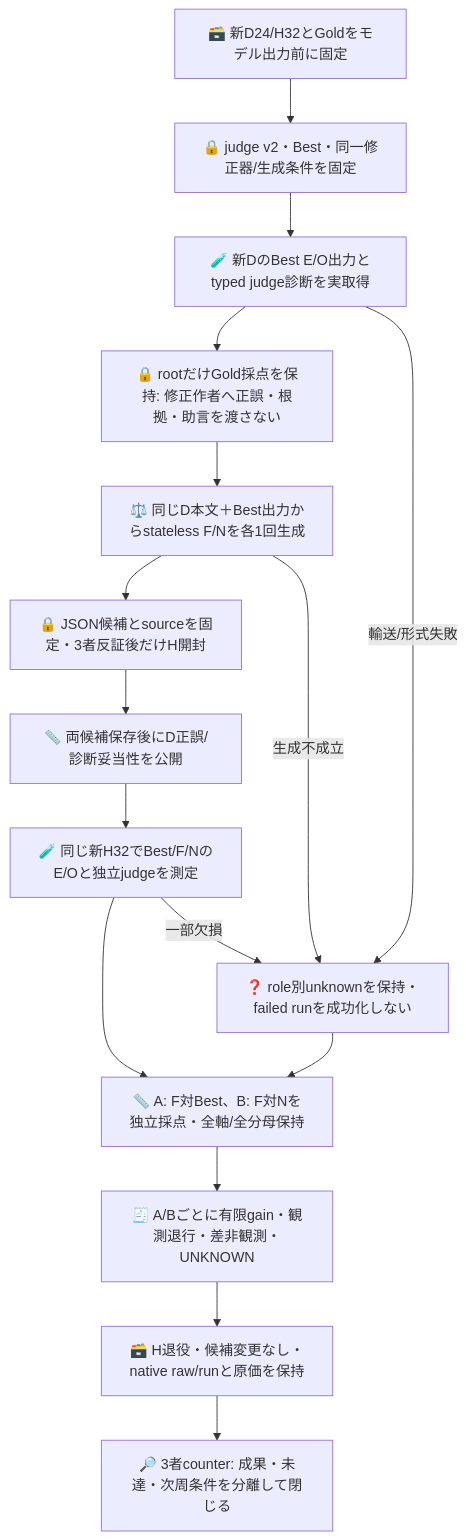
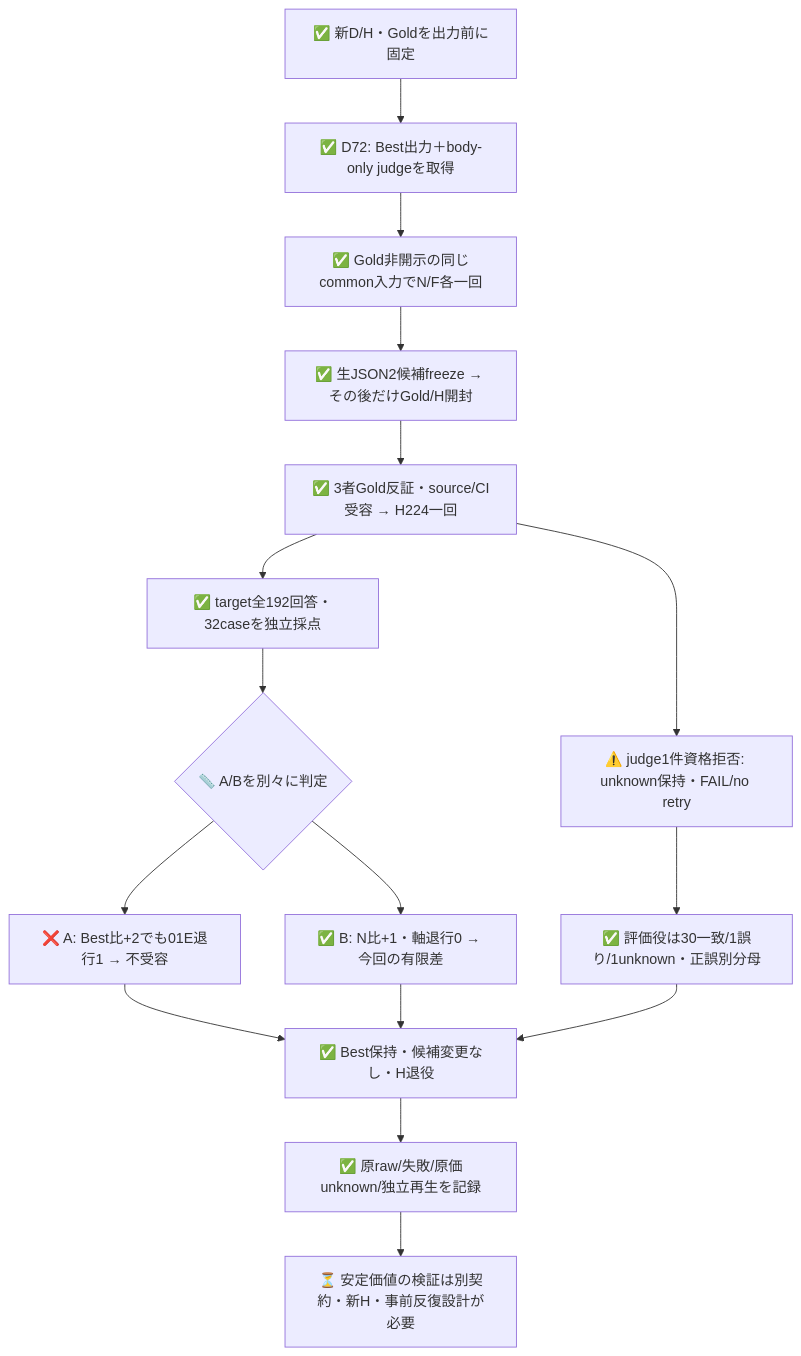
One commit to roccho-org/ops changed the second of 2 diagrams in experiments/sys1-eval-loop/counterfactual/README.md. Above: the diagram before and after it, drawn with Mermaid. The commit also changed other lines of this file and 9 other files, not shown here.

````diff
--- a/experiments/sys1-eval-loop/counterfactual/README.md
+++ b/experiments/sys1-eval-loop/counterfactual/README.md
@@ -81,18 +93,18 @@
 ```mermaid
 flowchart TB
-  A["🗃️ 新D24/H32とGoldをモデル出力前に固定"] --> B["🔒 judge v2・Best・同一修正器/生成条件を固定"]
-  B --> C["🧪 新DのBest E/O出力とtyped judge診断を実取得"]
-  C --> D["🔒 rootだけGold採点を保持: 修正作者へ正誤・根拠・助言を渡さない"]
-  D --> E["⚖️ 同じD本文＋Best出力からstateless F/Nを各1回生成"]
-  E --> F["🔒 JSON候補とsourceを固定・3者反証後だけH開封"]
-  F --> PUBLISH["📏 両候補保存後にD正誤/診断妥当性を公開"]
-  PUBLISH --> G["🧪 同じ新H32でBest/F/NのE/Oと独立judgeを測定"]
-  G --> I["📏 A: F対Best、B: F対Nを独立採点・全軸/全分母保持"]
-  I --> Q["🧾 A/Bごとに有限gain・観測退行・差非観測・UNKNOWN"]
-  Q --> Z["🗃️ H退役・候補変更なし・native raw/runと原価を保持"]
-  Z --> T["🔎 3者counter: 成果・未達・次周条件を分離して閉じる"]
-  C -->|輸送/形式失敗| P["❓ role別unknownを保持・failed runを成功化しない"]
-  E -->|生成不成立| P
-  G -->|一部欠損| P
-  P --> I
+  A["✅ 新D/H・Goldを出力前に固定"] --> B["✅ D72: Best出力＋body-only judgeを取得"]
+  B --> C["✅ Gold非開示の同じcommon入力でN/F各一回"]
+  C --> D["✅ 生JSON2候補freeze → その後だけGold/H開封"]
+  D --> E["✅ 3者Gold反証・source/CI受容 → H224一回"]
+  E --> J["⚠️ judge1件資格拒否: unknown保持・FAIL/no retry"]
+  E --> T["✅ target全192回答・32caseを独立採点"]
+  J --> Q["✅ 評価役は30一致/1誤り/1unknown・正誤別分母"]
+  T --> G{"📏 A/Bを別々に判定"}
+  G --> R["❌ A: Best比+2でも01E退行1 → 不受容"]
+  G --> S["✅ B: N比+1・軸退行0 → 今回の有限差"]
+  R --> K["✅ Best保持・候補変更なし・H退役"]
+  S --> K
+  Q --> K
+  K --> Z["✅ 原raw/失敗/原価unknown/独立再生を記録"]
+  Z --> N["⏳ 安定価値の検証は別契約・新H・事前反復設計が必要"]
 ```
````
